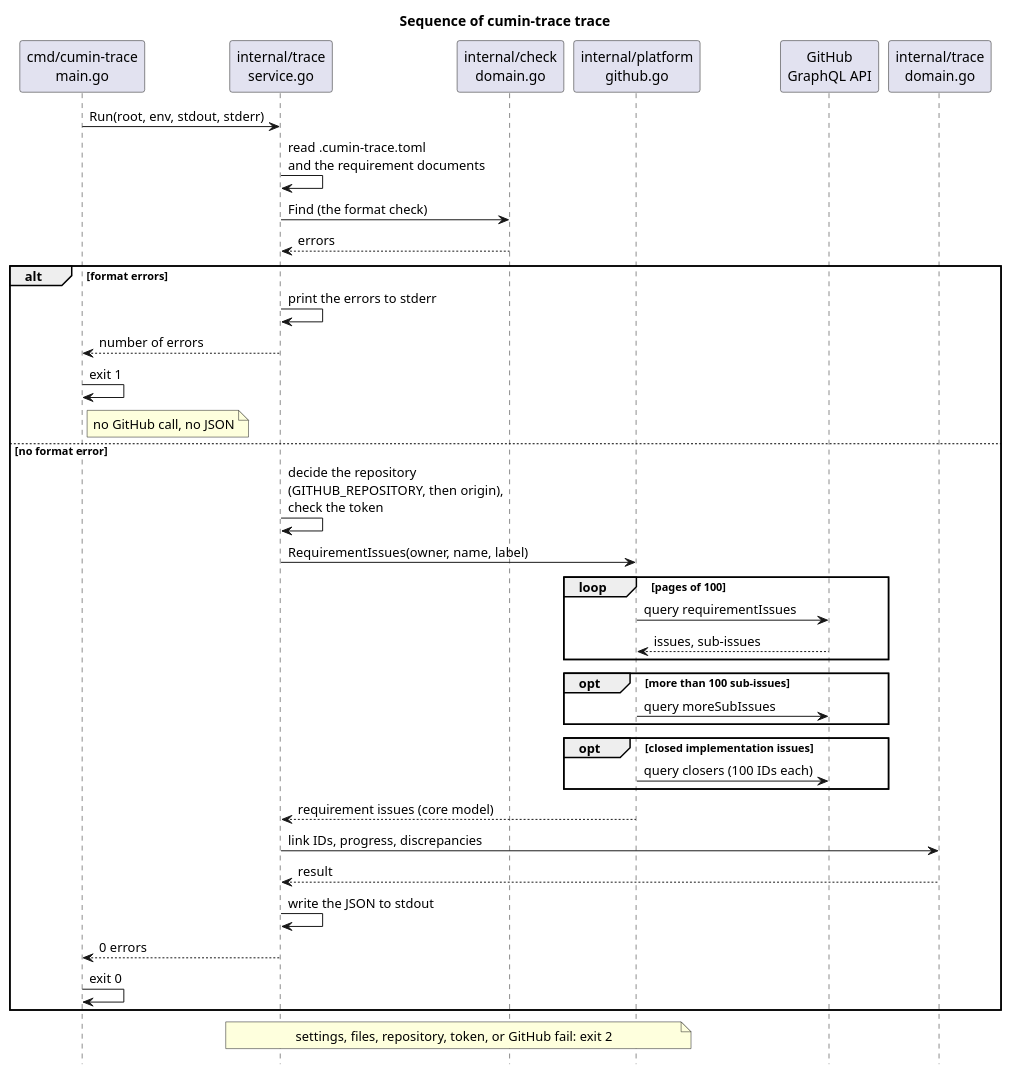
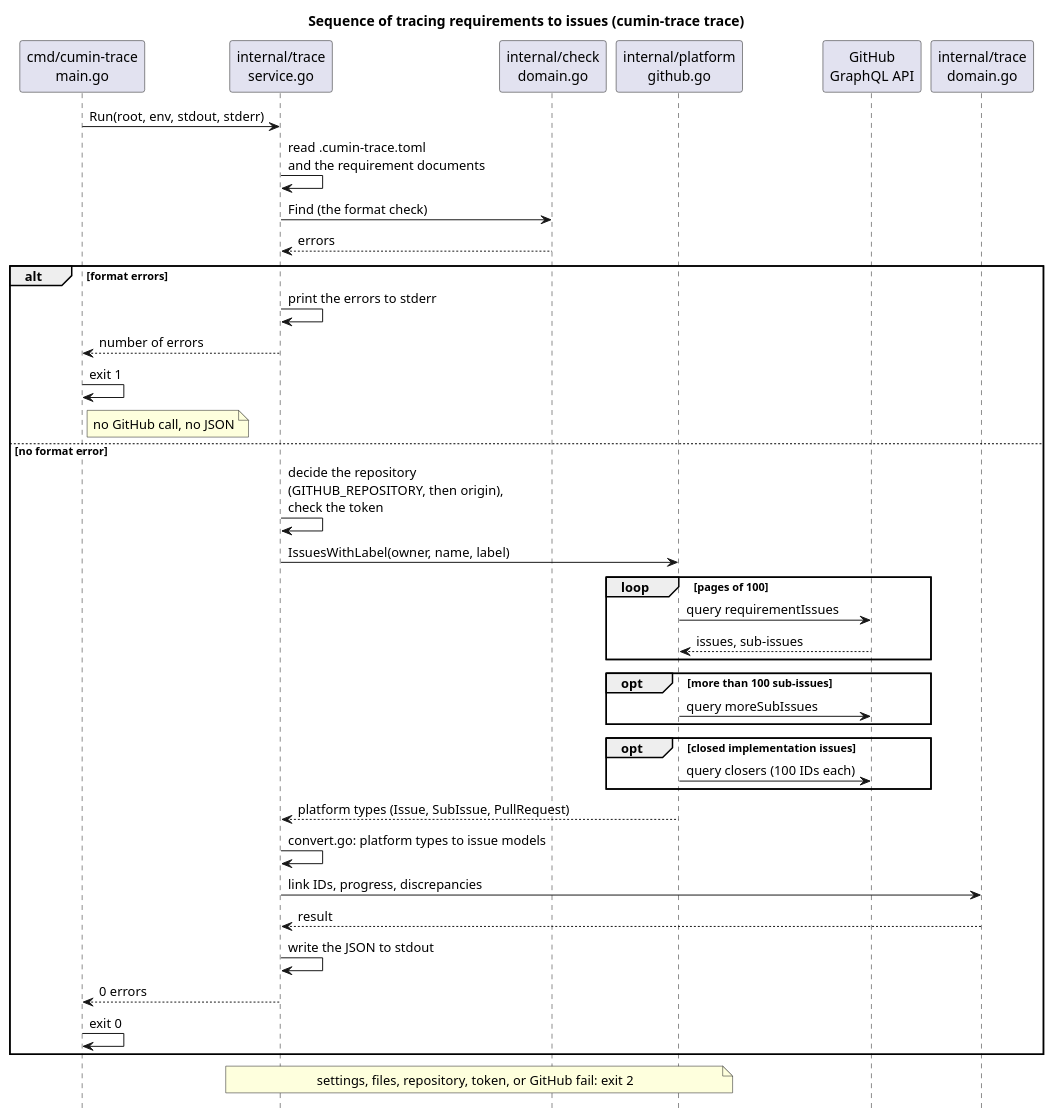
One commit to cloveclovedev/cumin-trace changed the diagram in docs/ja/designs/trace/trace-sequence.puml. Above: the diagram before and after it, drawn with PlantUML. The commit also changed 12 other files, not shown here.

First line of the commit message:
docs(designs): keep the issue models in the trace and name both sides of the trace

```diff
--- a/docs/ja/designs/trace/trace-sequence.puml
+++ b/docs/ja/designs/trace/trace-sequence.puml
@@ -1,47 +1,48 @@
 @startuml trace-sequence
-title Sequence of cumin-trace trace
+title Sequence of tracing requirements to issues (cumin-trace trace)
 skinparam shadowing false
 hide footbox
 
 participant "cmd/cumin-trace\nmain.go" as main
 participant "internal/trace\nservice.go" as service
 participant "internal/check\ndomain.go" as check
 participant "internal/platform\ngithub.go" as github
 participant "GitHub\nGraphQL API" as api
 participant "internal/trace\ndomain.go" as rules
 
 main -> service : Run(root, env, stdout, stderr)
 service -> service : read .cumin-trace.toml\nand the requirement documents
 service -> check : Find (the format check)
 check --> service : errors
 
 alt format errors
   service -> service : print the errors to stderr
   service --> main : number of errors
   main -> main : exit 1
   note right of main : no GitHub call, no JSON
 else no format error
   service -> service : decide the repository\n(GITHUB_REPOSITORY, then origin),\ncheck the token
-  service -> github : RequirementIssues(owner, name, label)
+  service -> github : IssuesWithLabel(owner, name, label)
   loop pages of 100
     github -> api : query requirementIssues
     api --> github : issues, sub-issues
   end
   opt more than 100 sub-issues
     github -> api : query moreSubIssues
   end
   opt closed implementation issues
     github -> api : query closers (100 IDs each)
   end
-  github --> service : requirement issues (core model)
+  github --> service : platform types (Issue, SubIssue, PullRequest)
+  service -> service : convert.go: platform types to issue models
   service -> rules : link IDs, progress, discrepancies
   rules --> service : result
   service -> service : write the JSON to stdout
   service --> main : 0 errors
   main -> main : exit 0
 end
 
 note over service, github
   settings, files, repository, token, or GitHub fail: exit 2
 end note
 @enduml
```
